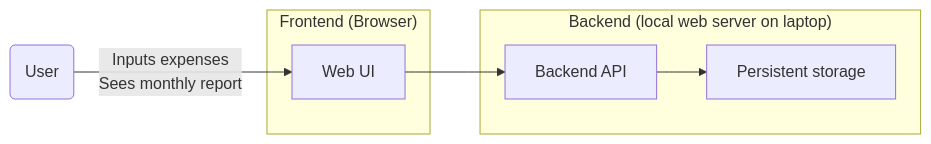
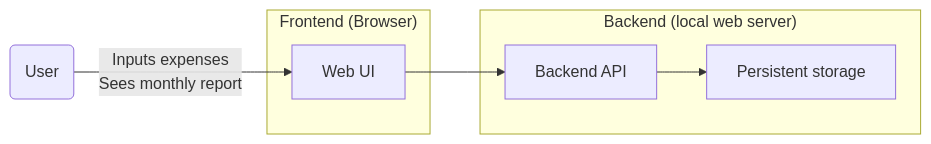
The diagram in README.md (lawseff/simple-budget), drawn with Mermaid before and after one commit. The commit also changed other lines of this file, not shown here.

Commit message:
Format README.md sections

````diff
--- a/README.md
+++ b/README.md
@@ -13,17 +13,17 @@
 ```mermaid
 flowchart LR
     User("User")
 
     subgraph Frontend["Frontend (Browser)"]
         UI["Web UI"]
     end
 
-    subgraph Backend["Backend (local web server on laptop)"]
+    subgraph Backend["Backend (local web server)"]
         API["Backend API"]
         Storage["Persistent storage"]
     end
 
     User --> | Inputs expenses<br> Sees monthly report | UI
     UI --> API
     API --> Storage
 ```
````
